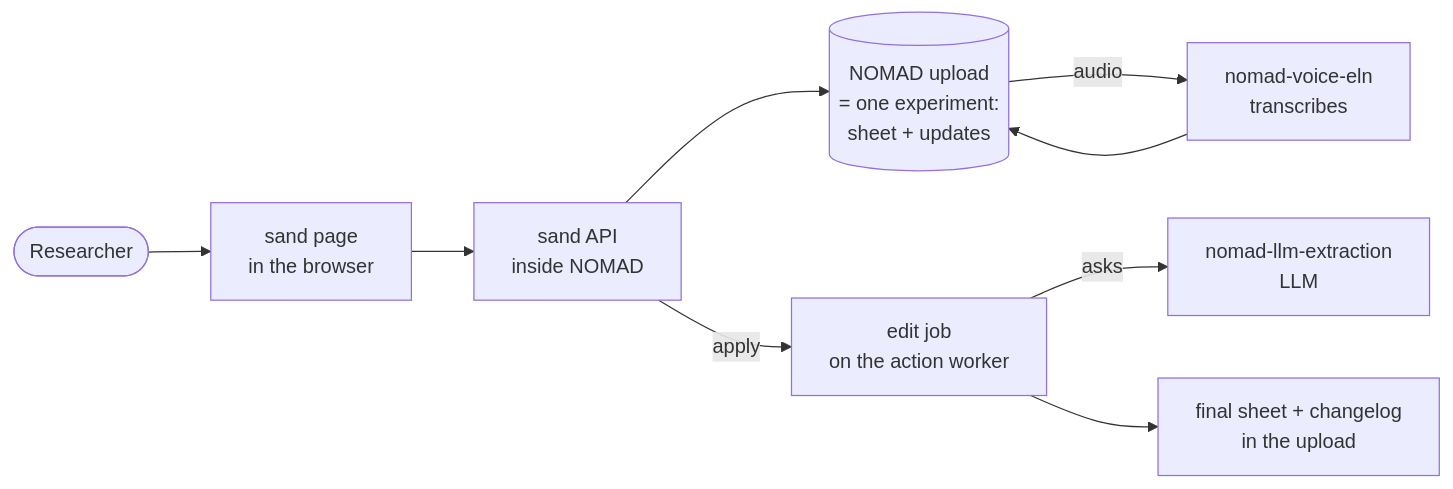
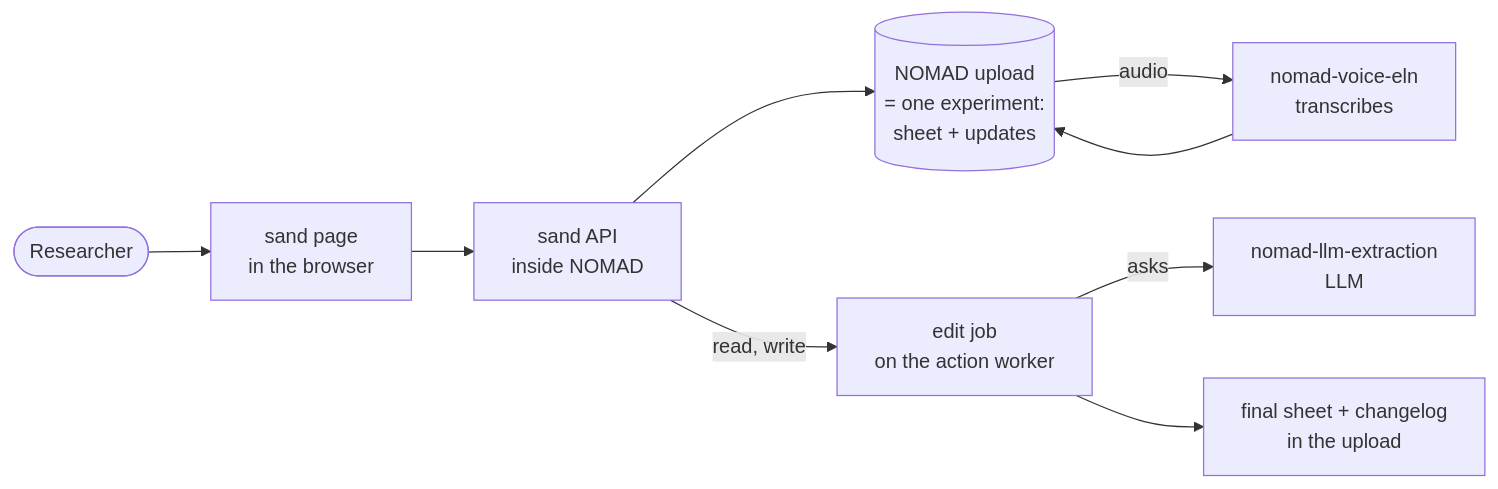
The diagram in README.md (FAIRmat-NFDI/sand), drawn with Mermaid before and after one commit. The commit also changed other lines of this file and 6 other files, not shown here.

First line of the commit message:
The job runs by itself: read on save, write on confirm

````diff
--- a/README.md
+++ b/README.md
@@ -28,11 +28,11 @@
 ```mermaid
 flowchart LR
     user([Researcher]) --> ui[sand page<br/>in the browser]
     ui --> api[sand API<br/>inside NOMAD]
     api --> upload[(NOMAD upload<br/>= one experiment:<br/>sheet + updates)]
     upload -- audio --> eln[nomad-voice-eln<br/>transcribes]
     eln --> upload
-    api -- apply --> job[edit job<br/>on the action worker]
+    api -- read, write --> job[edit job<br/>on the action worker]
     job -- asks --> llm[nomad-llm-extraction<br/>LLM]
     job --> result[final sheet + changelog<br/>in the upload]
 ```
````
